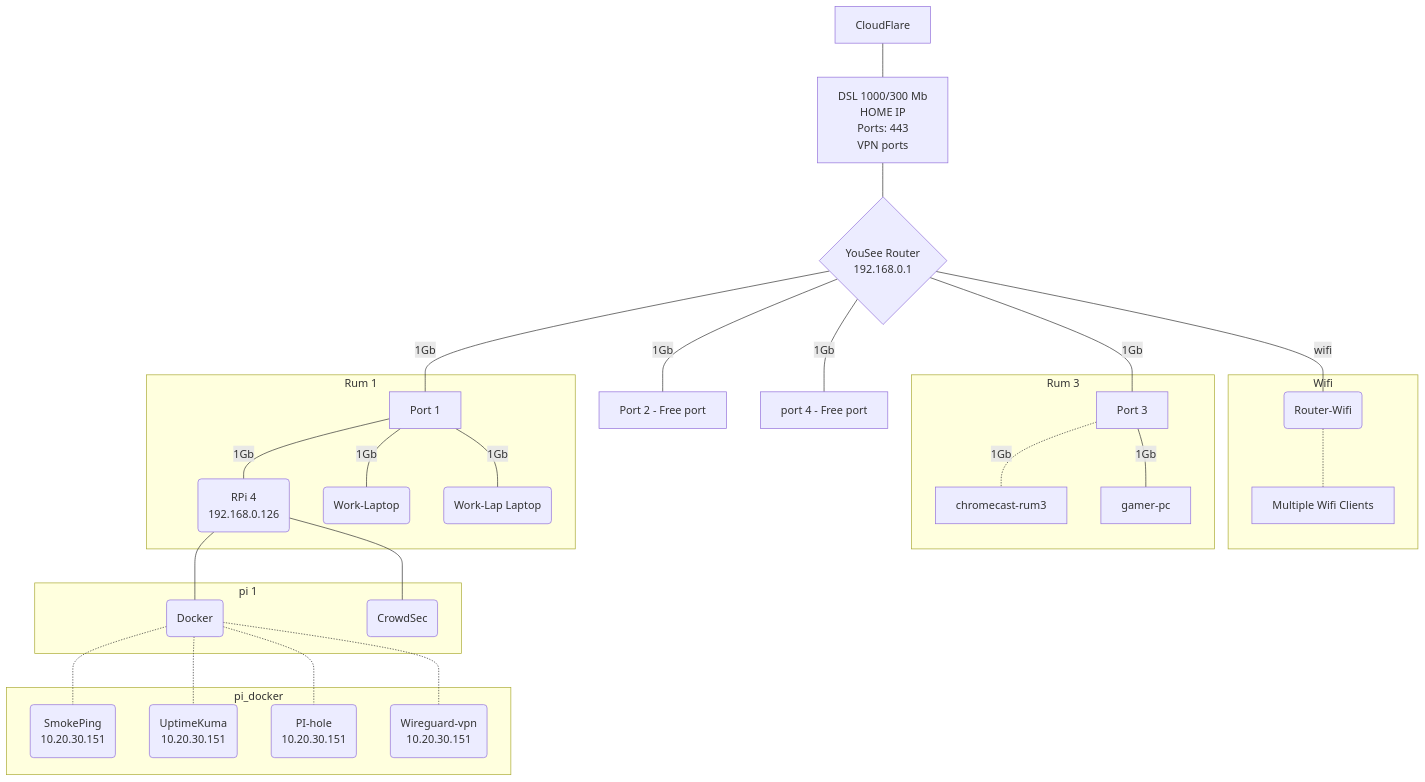
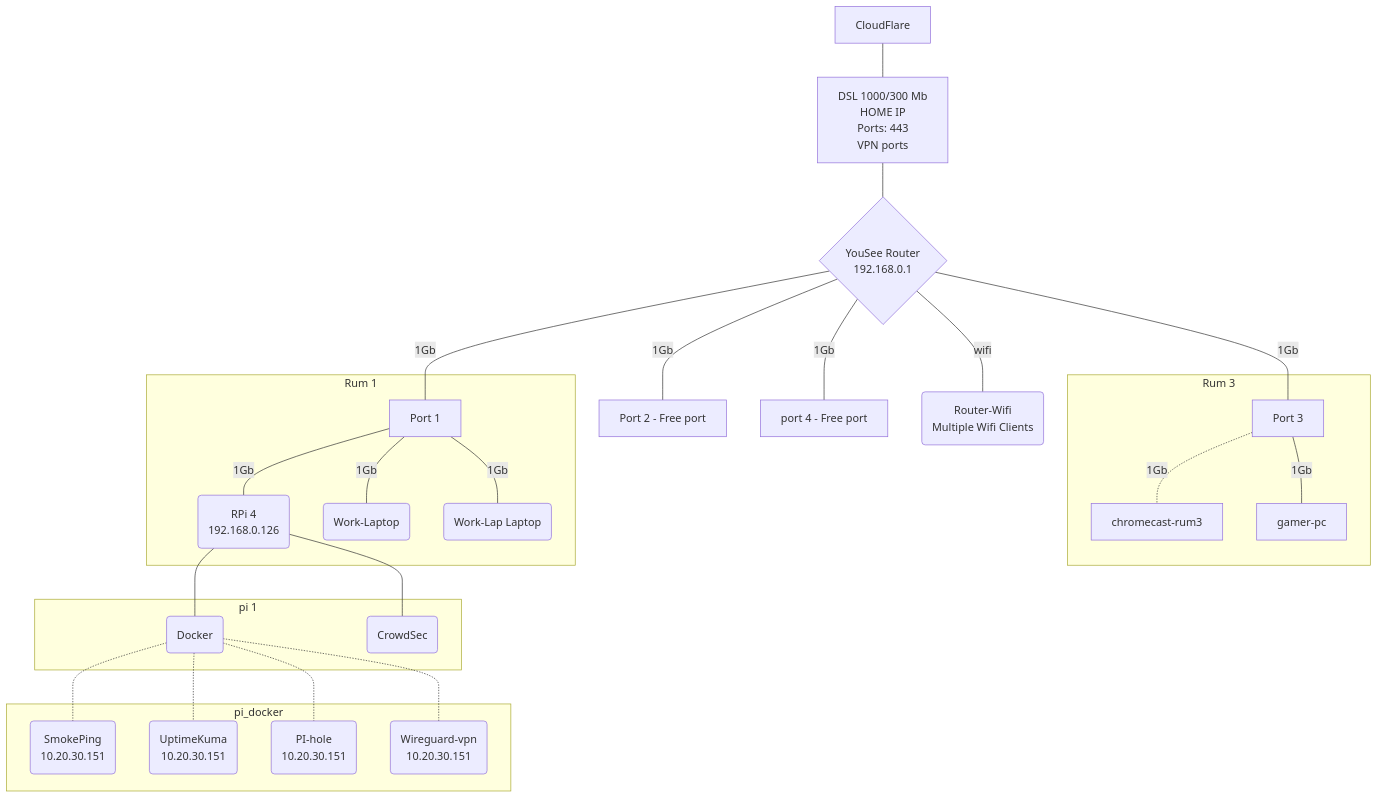
Before and after one commit to alf149/ansible: the diagram in Docs/Index.md, drawn with Mermaid.

````diff
--- a/Docs/Index.md
+++ b/Docs/Index.md
@@ -21,39 +21,35 @@
 ```mermaid
 graph TD
  linkStyle default interpolate basis
  cloudflare[<center>CloudFlare</center>]---wan
  wan[<center>DSL 1000/300 Mb<br>HOME IP<br>Ports: 443<br>VPN ports</center>]---router{<center>YouSee Router<br>192.168.0.1</center>}
  router---|1Gb|rum_1[<center>Port 1</center>]
  router---|1Gb|rum_2[<center>Port 2 - Free port</center>]
  router---|1Gb|rum_3[<center>Port 3</center>]
  router---|1Gb|rum_4[<center>port 4 - Free port</center>]
- router---|wifi|ac_wifi(<center>Router-Wifi</center>)
-
-    subgraph Wifi
-    ac_wifi-.-Multiple[<center>Multiple Wifi Clients</center>]
-    end
+ router---|wifi|ac_wifi(<center>Router-Wifi<br>Multiple Wifi Clients</center>)
 
     subgraph Rum 3
     rum_3-.-|1Gb|chromecast-rum3
     rum_3---|1Gb|gamer-pc
     end
 
     subgraph Rum 1
     rum_1---|1Gb|pi(<center>RPi 4<br>192.168.0.126</center>)
     rum_1---|1Gb|work(<center>Work-Laptop</center>)
     rum_1---|1Gb|work-lab(<center>Work-Lap Laptop</center>)
     end
 
         subgraph pi 1
         pi---docker(<center>Docker</center>)
         pi---crowdsec(<center>CrowdSec</center>)
         end
 
         subgraph pi_docker
         docker-.-smokeping(<center>SmokePing<br>10.20.30.151</center>)
         docker-.-uptimeKuma(<center>UptimeKuma<br>10.20.30.151</center>)
         docker-.-pihole(<center>PI-hole<br>10.20.30.151</center>)
         docker-.-wireguardvpn(<center>Wireguard-vpn<br>10.20.30.151</center>)
         end
 
 ```
````
